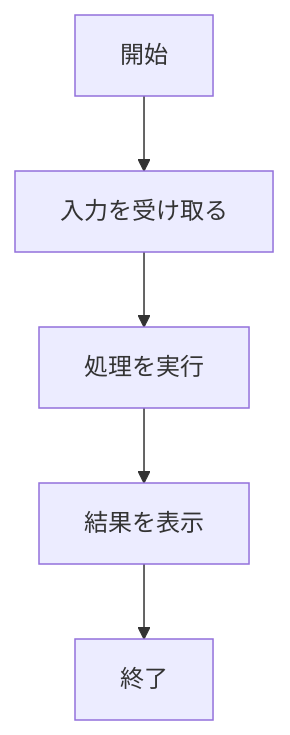
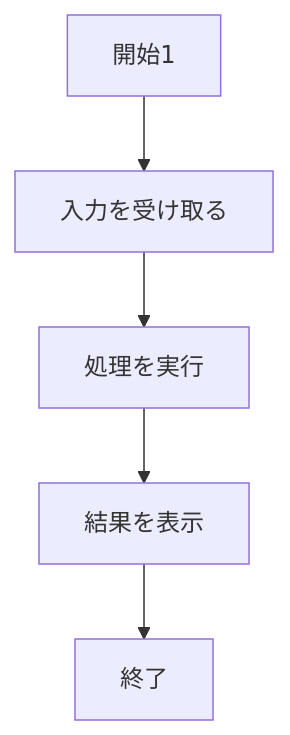
One commit to yasukura0210/Sample1 changed the diagram in test1.md. Above: the diagram before and after it, drawn with Mermaid.

````diff
--- a/test1.md
+++ b/test1.md
@@ -1,7 +1,7 @@
 ```mermaid
 flowchart TD
-    A[開始] --> B[入力を受け取る]
+    A[開始1] --> B[入力を受け取る]
     B --> C[処理を実行]
     C --> D[結果を表示]
     D --> E[終了]
 ```
````
